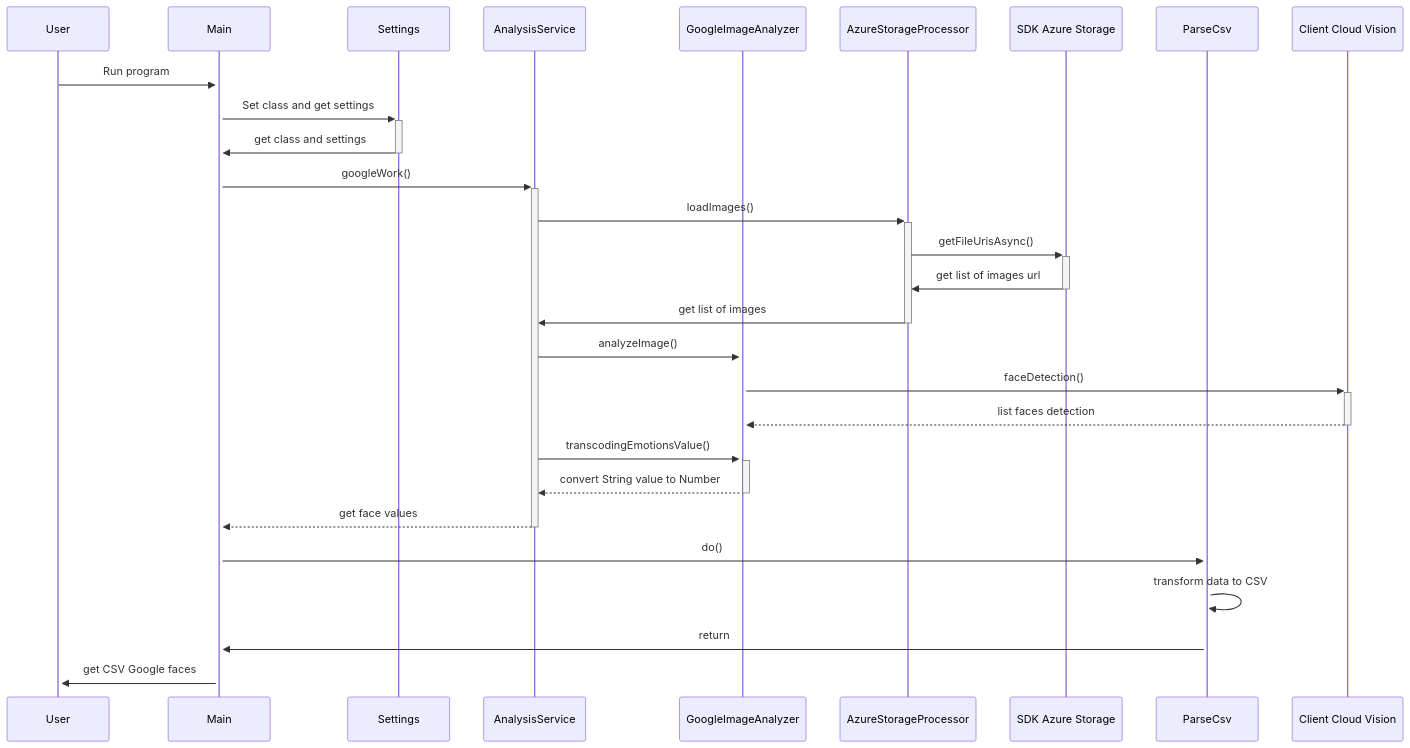
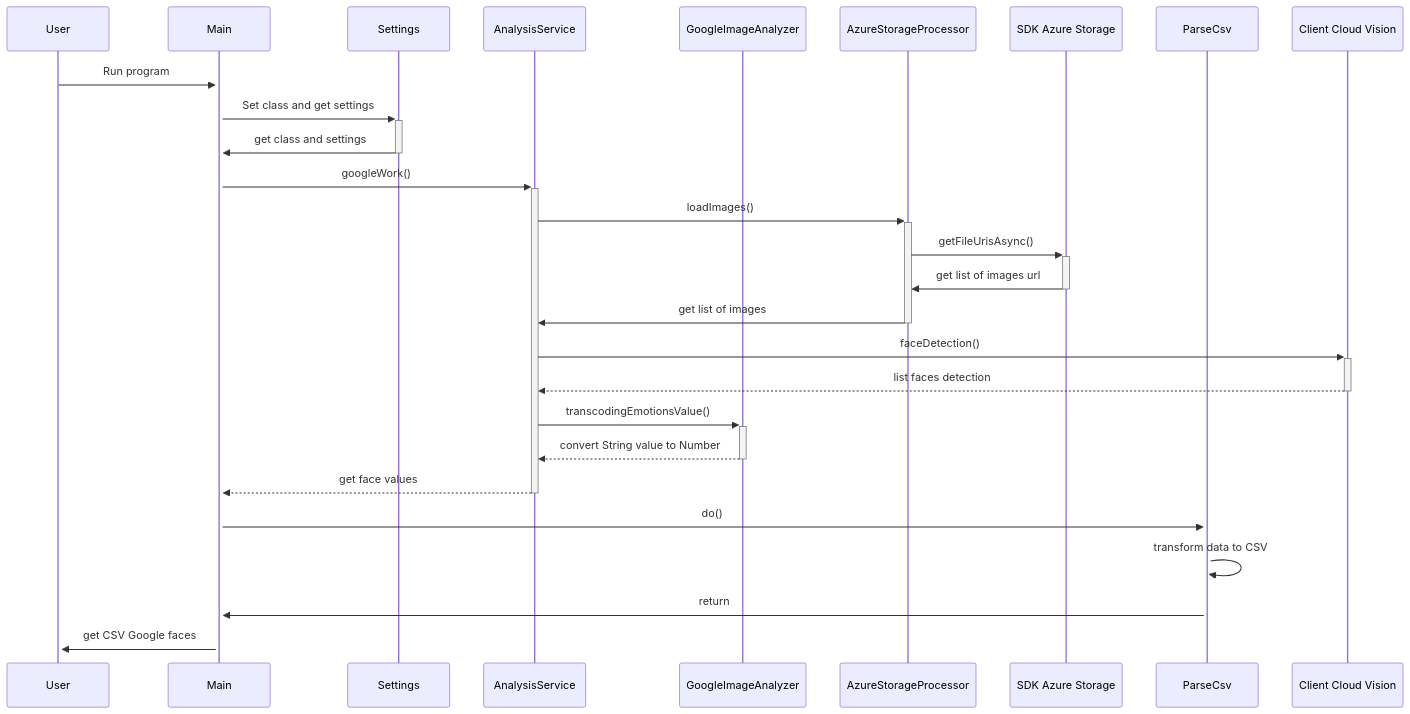
The diagram in diagrams/GoogleSequenceDiagram.md (bslbar/face-recognition), drawn with Mermaid before and after one commit.

Commit message:
edit Google sequence diagram

````diff
--- a/diagrams/GoogleSequenceDiagram.md
+++ b/diagrams/GoogleSequenceDiagram.md
@@ -1,30 +1,29 @@
 ```mermaid
 sequenceDiagram
     participant U as User
     participant M as Main
     participant S as Settings
     participant AS as AnalysisService
     participant GIA as GoogleImageAnalyzer
     participant ASP as AzureStorageProcessor
     participant SDKSTORAGE as SDK Azure Storage
     participant PCSV as ParseCsv
     participant GOOGLE as Client Cloud Vision
 	U->>+M: Run program						
 	M->>+S: Set class and get settings 						
 	S->>-M: get class and settings							
 	M->>+AS: googleWork()						
 	AS->>+ASP: loadImages()	
 	ASP->>+SDKSTORAGE: getFileUrisAsync()
     SDKSTORAGE->>-ASP: get list of images url
-    ASP->>-AS: get list of images				
-	AS->>+GIA: analyzeImage()					
-	GIA->>+GOOGLE: faceDetection()			
-	GOOGLE-->>-GIA: list faces detection	
+    ASP->>-AS: get list of images						
+	AS->>+GOOGLE: faceDetection()			
+	GOOGLE-->>-AS: list faces detection	
     AS->>+GIA: transcodingEmotionsValue()					
 	GIA-->>-AS: convert String value to Number								
 	AS-->>-M: get face values
     M->>+PCSV: do()	
     PCSV->>+PCSV: transform data to CSV	
     PCSV->>+M: return	
     M->>+U: get CSV Google faces	
 ```
````
